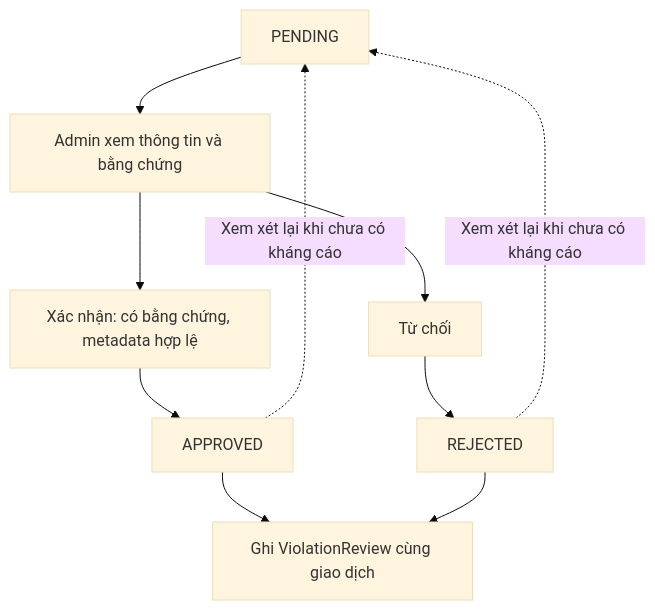
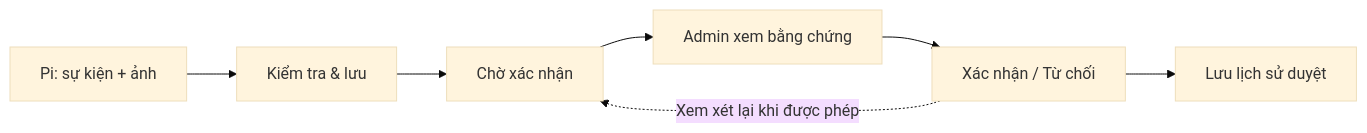
The diagram in docs/bao_cao_2_4/sources/06_vi_pham.mmd (2kdietga/PBL6), drawn with Mermaid (base theme) before and after one commit. The commit also changed 27 other files, not shown here.

```diff
--- a/docs/bao_cao_2_4/sources/06_vi_pham.mmd
+++ b/docs/bao_cao_2_4/sources/06_vi_pham.mmd
@@ -1,10 +1,4 @@
-flowchart TD
- P[PENDING] --> R[Admin xem thông tin và bằng chứng]
- R --> A[Xác nhận: có bằng chứng, metadata hợp lệ]
- R --> X[Từ chối]
- A --> AP[APPROVED]
- X --> RJ[REJECTED]
- AP --> L[Ghi ViolationReview cùng giao dịch]
- RJ --> L
- AP -. Xem xét lại khi chưa có kháng cáo .-> P
- RJ -. Xem xét lại khi chưa có kháng cáo .-> P
+flowchart LR
+ P[Pi: sự kiện + ảnh] --> S[Kiểm tra & lưu] --> V[Chờ xác nhận]
+ V --> A[Admin xem bằng chứng] --> R[Xác nhận / Từ chối] --> H[Lưu lịch sử duyệt]
+ R -. Xem xét lại khi được phép .-> V
```
